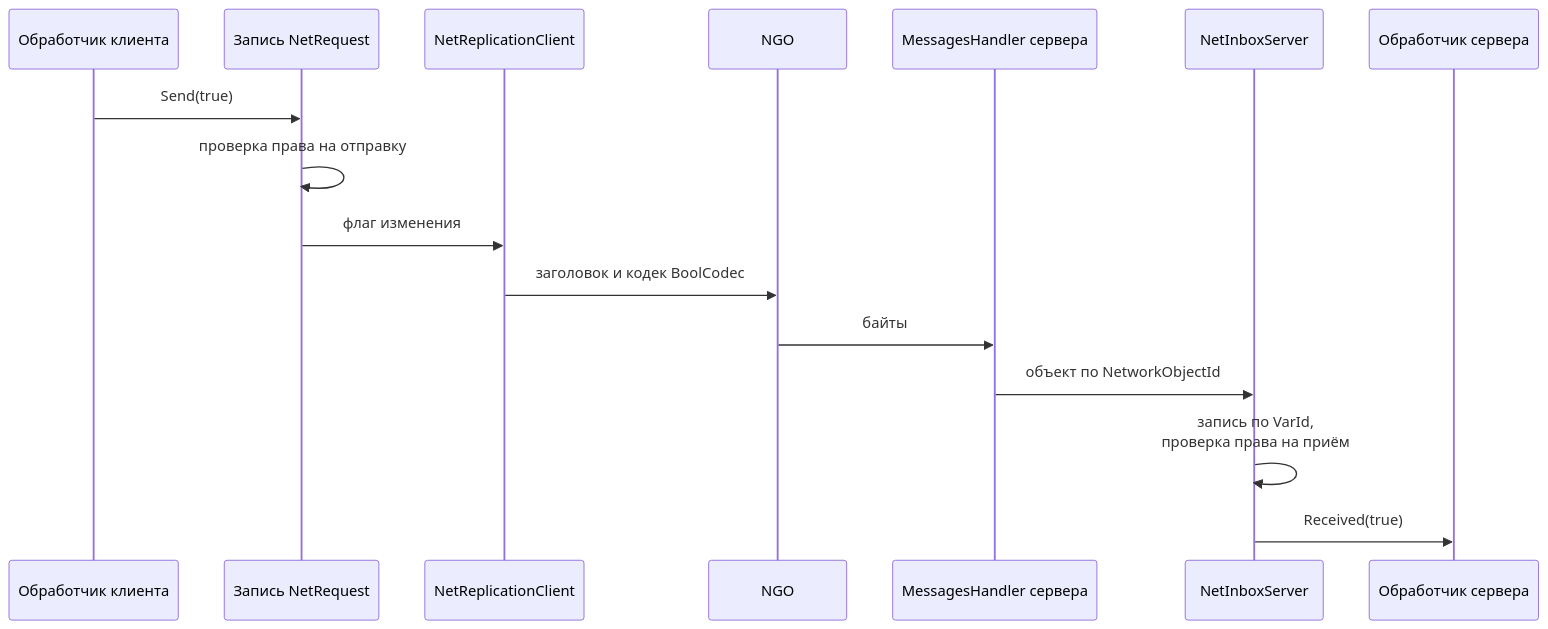
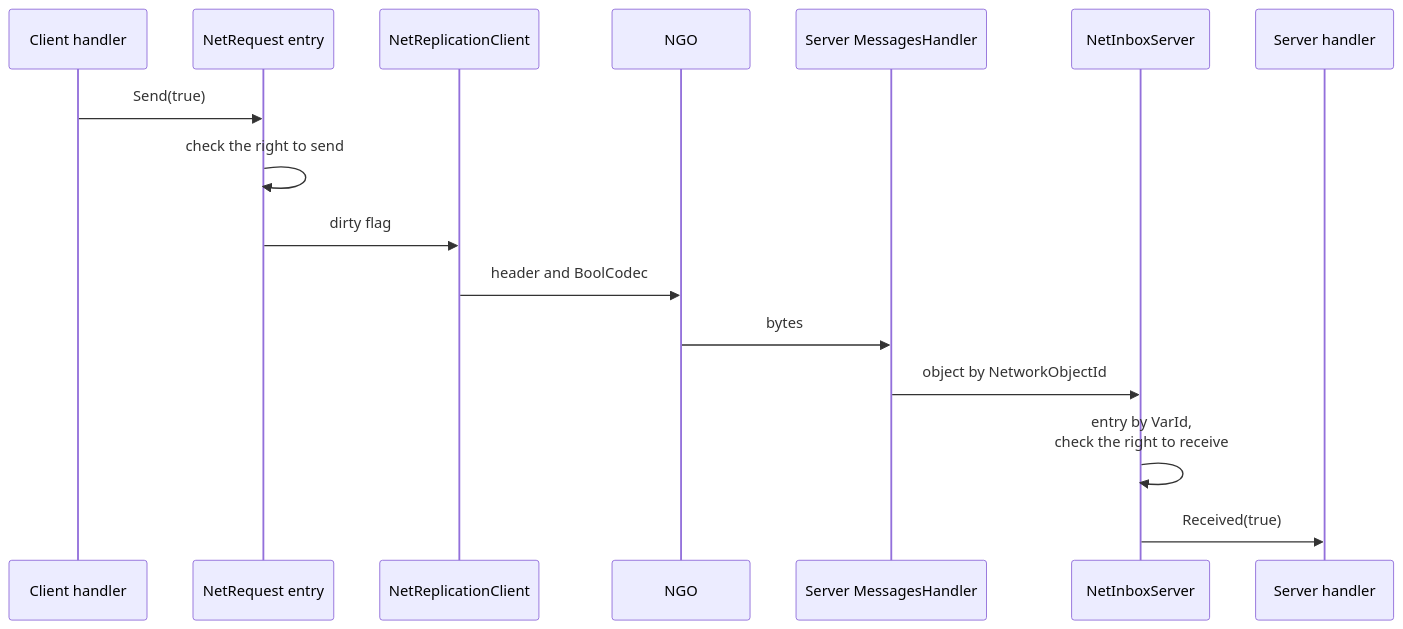
The third of 8 diagrams in README.md (pndte/match-please), drawn with Mermaid before and after one commit. The commit also changed other lines of this file, not shown here.

````diff
--- a/README.md
+++ b/README.md
@@ -384,18 +368,18 @@
 ```mermaid
 sequenceDiagram
-    participant H as Обработчик клиента
-    participant E as Запись NetRequest
+    participant H as Client handler
+    participant E as NetRequest entry
     participant R as NetReplicationClient
     participant N as NGO
-    participant M as MessagesHandler сервера
+    participant M as Server MessagesHandler
     participant I as NetInboxServer
-    participant S as Обработчик сервера
+    participant S as Server handler
     H->>E: Send(true)
-    E->>E: проверка права на отправку
-    E->>R: флаг изменения
-    R->>N: заголовок и кодек BoolCodec
-    N->>M: байты
-    M->>I: объект по NetworkObjectId
-    I->>I: запись по VarId,<br/>проверка права на приём
+    E->>E: check the right to send
+    E->>R: dirty flag
+    R->>N: header and BoolCodec
+    N->>M: bytes
+    M->>I: object by NetworkObjectId
+    I->>I: entry by VarId,<br/>check the right to receive
     I->>S: Received(true)
 ```
````
